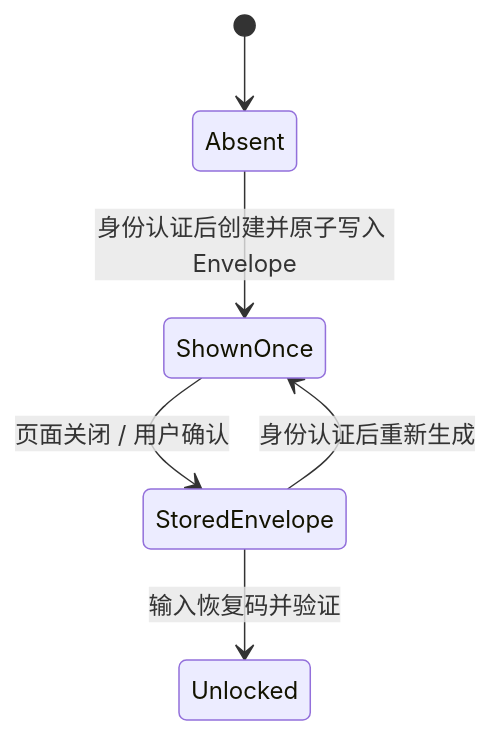
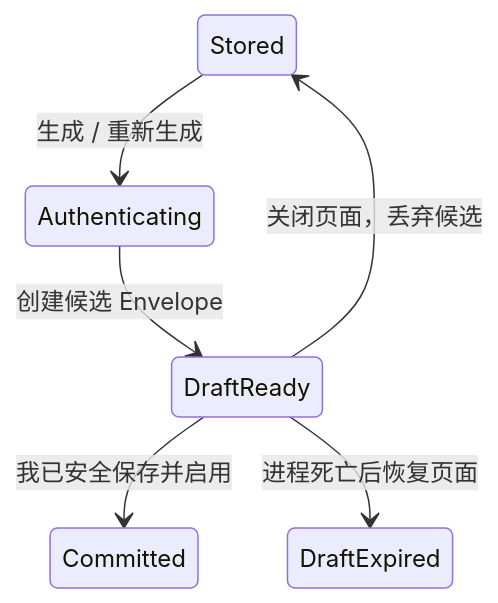
Before and after one commit to aozijx/Passly: the second of 2 diagrams in docs/security/authentication.md, drawn with Mermaid. The commit also changed other lines of this file and 8 other files, not shown here.

````diff
--- a/docs/security/authentication.md
+++ b/docs/security/authentication.md
@@ -16,8 +44,8 @@
 ```mermaid
 stateDiagram-v2
-    [*] --> Absent
-    Absent --> ShownOnce: 身份认证后创建并原子写入 Envelope
-    ShownOnce --> StoredEnvelope: 页面关闭 / 用户确认
-    StoredEnvelope --> ShownOnce: 身份认证后重新生成
-    StoredEnvelope --> Unlocked: 输入恢复码并验证
+    Stored --> Authenticating: 生成 / 重新生成
+    Authenticating --> DraftReady: 创建候选 Envelope
+    DraftReady --> Stored: 关闭页面，丢弃候选
+    DraftReady --> Committed: 我已安全保存并启用
+    DraftReady --> DraftExpired: 进程死亡后恢复页面
 ```
````
